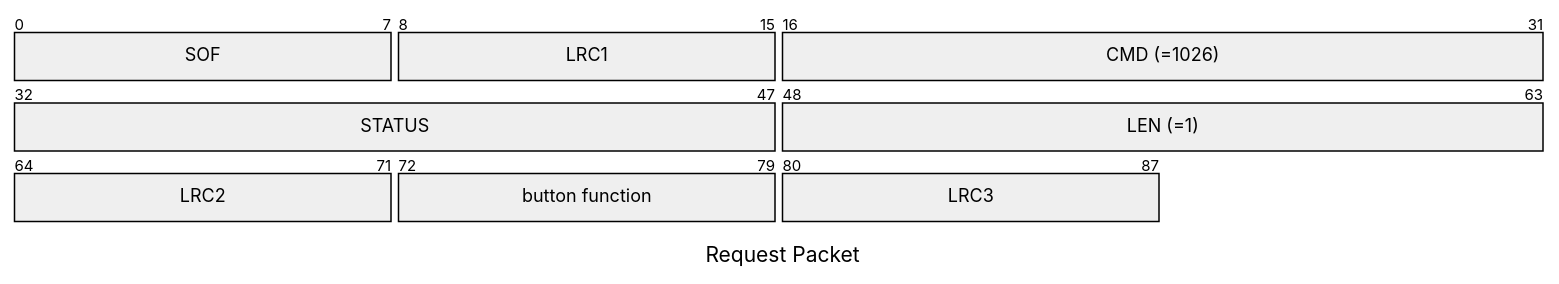
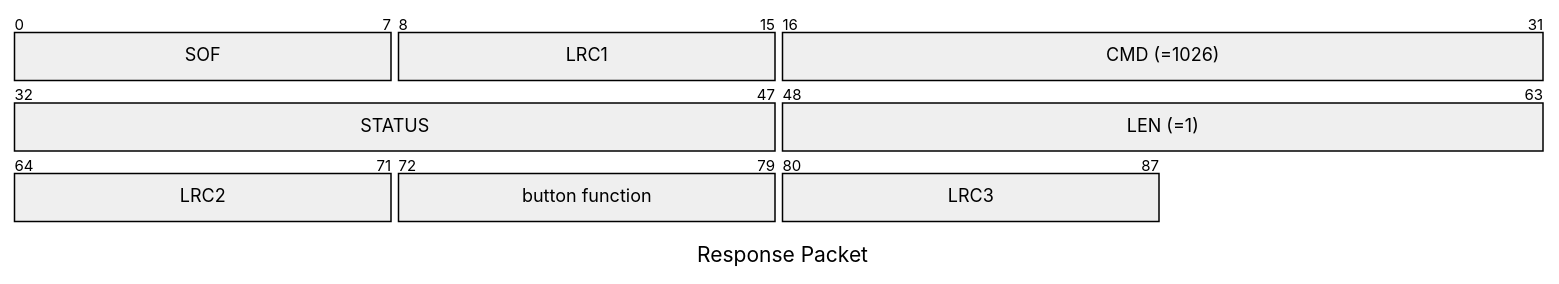
One commit to taichunmin/ChameleonUltraDocs changed the second of 2 diagrams in protocol/1026.md. Above: the diagram before and after it, drawn with Mermaid. The commit also changed 3 other files, not shown here.

````diff
--- a/protocol/1026.md
+++ b/protocol/1026.md
@@ -27,14 +27,14 @@
 ```mermaid
 ---
-title: "Request Packet"
+title: "Response Packet"
 ---
 packet
 +8: "SOF"
 +8: "LRC1"
 +16: "CMD (=1026)"
 +16: "STATUS"
 +16: "LEN (=1)"
 +8: "LRC2"
 +8: "button function"
 +8: "LRC3"
 ```
````
